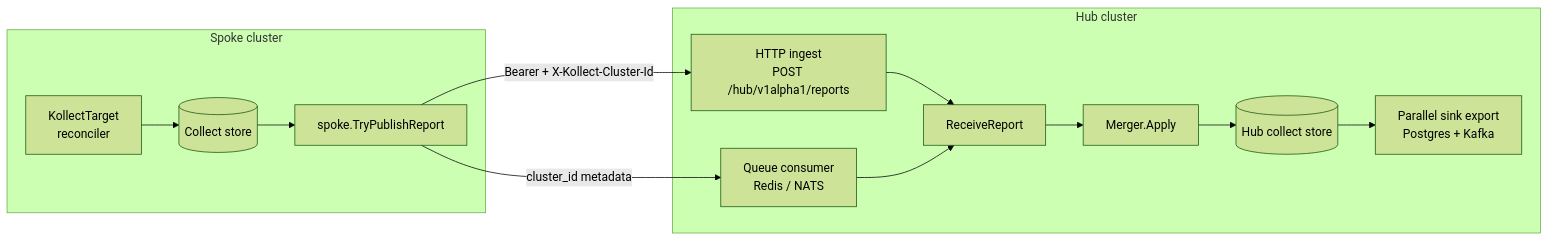
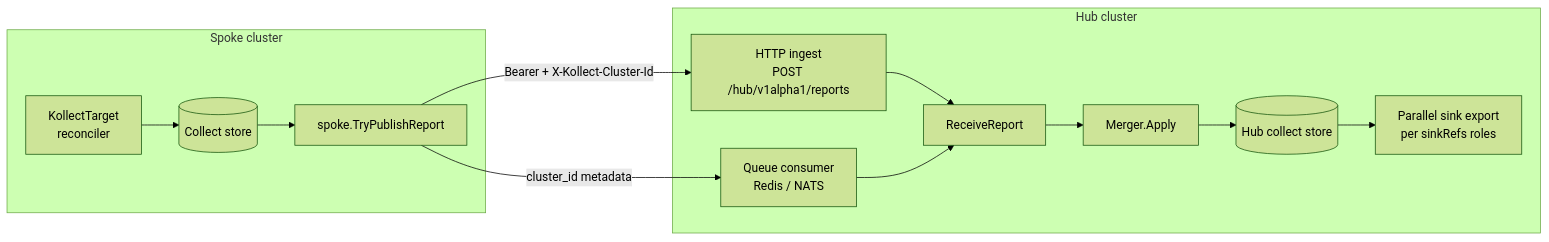
Before and after one commit to PlatformRelay/Kollect: the seventh of 11 diagrams in docs/DATA-FLOWS.md, drawn with Mermaid (forest theme). The commit also changed other lines of this file and 3 other files, not shown here.

First line of the commit message:
:page_facing_up: docs: sink hero, role-based export drift, Parquet gap

````diff
--- a/docs/DATA-FLOWS.md
+++ b/docs/DATA-FLOWS.md
@@ -201,27 +208,27 @@
 ```mermaid
 flowchart LR
   subgraph spoke [Spoke cluster]
     Tgt[KollectTarget<br/>reconciler]
     Store[(Collect store)]
     Pub[spoke.TryPublishReport]
     Tgt --> Store
     Store --> Pub
   end
 
   subgraph hub [Hub cluster]
     HTTP[HTTP ingest<br/>POST /hub/v1alpha1/reports]
     Queue[Queue consumer<br/>Redis / NATS]
     Recv[ReceiveReport]
     Merge[Merger.Apply]
     HubStore[(Hub collect store)]
     HTTP --> Recv
     Queue --> Recv
     Recv --> Merge
     Merge --> HubStore
-  Export[Parallel sink export<br/>Postgres + Kafka]
+  Export[Parallel sink export<br/>per sinkRefs roles]
   HubStore --> Export
   end
 
   Pub -->|Bearer + X-Kollect-Cluster-Id| HTTP
   Pub -->|cluster_id metadata| Queue
 ```
````
